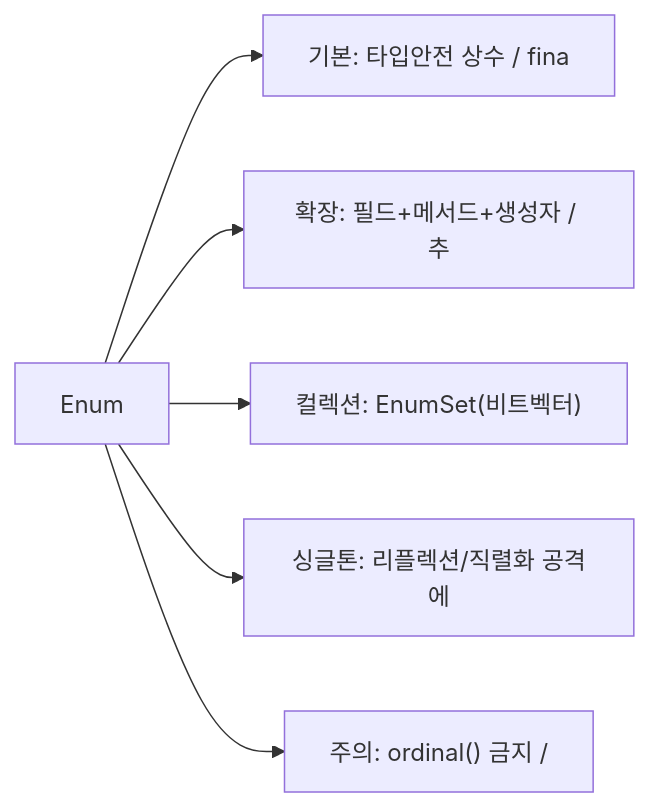
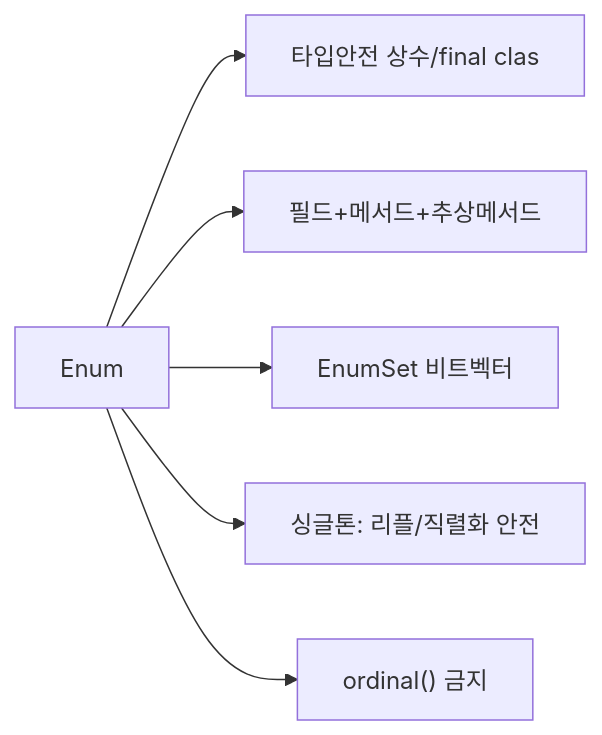
One commit to yjkim2015/yjkim2015.github.io changed the fourth of 4 diagrams in _posts/java/2026-05-01-java-enum.md. Above: the diagram before and after it, drawn with Mermaid. The commit also changed other lines of this file and 245 other files, not shown here.

First line of the commit message:
Mermaid 다이어그램 전면 수정 + 면접 포인트 접기/펼치기 + DB 데드락 페이지

````diff
--- a/_posts/java/2026-05-01-java-enum.md
+++ b/_posts/java/2026-05-01-java-enum.md
@@ -799,8 +803,8 @@
 ```mermaid
 graph LR
-    A["Enum"] --> B["기본: 타입안전 상수 / fina"]
-    A --> C["확장: 필드+메서드+생성자 / 추"]
-    A --> D["컬렉션: EnumSet(비트벡터)"]
-    A --> E["싱글톤: 리플렉션/직렬화 공격에"]
-    A --> F["주의: ordinal() 금지 /"]
+    A["Enum"] --> B["타입안전 상수/final clas"]
+    A --> C["필드+메서드+추상메서드"]
+    A --> D["EnumSet 비트벡터"]
+    A --> E["싱글톤: 리플/직렬화 안전"]
+    A --> F["ordinal() 금지"]
 ```
````
